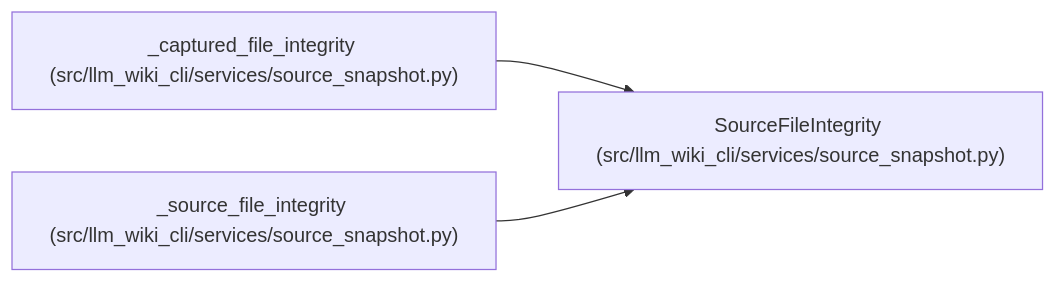
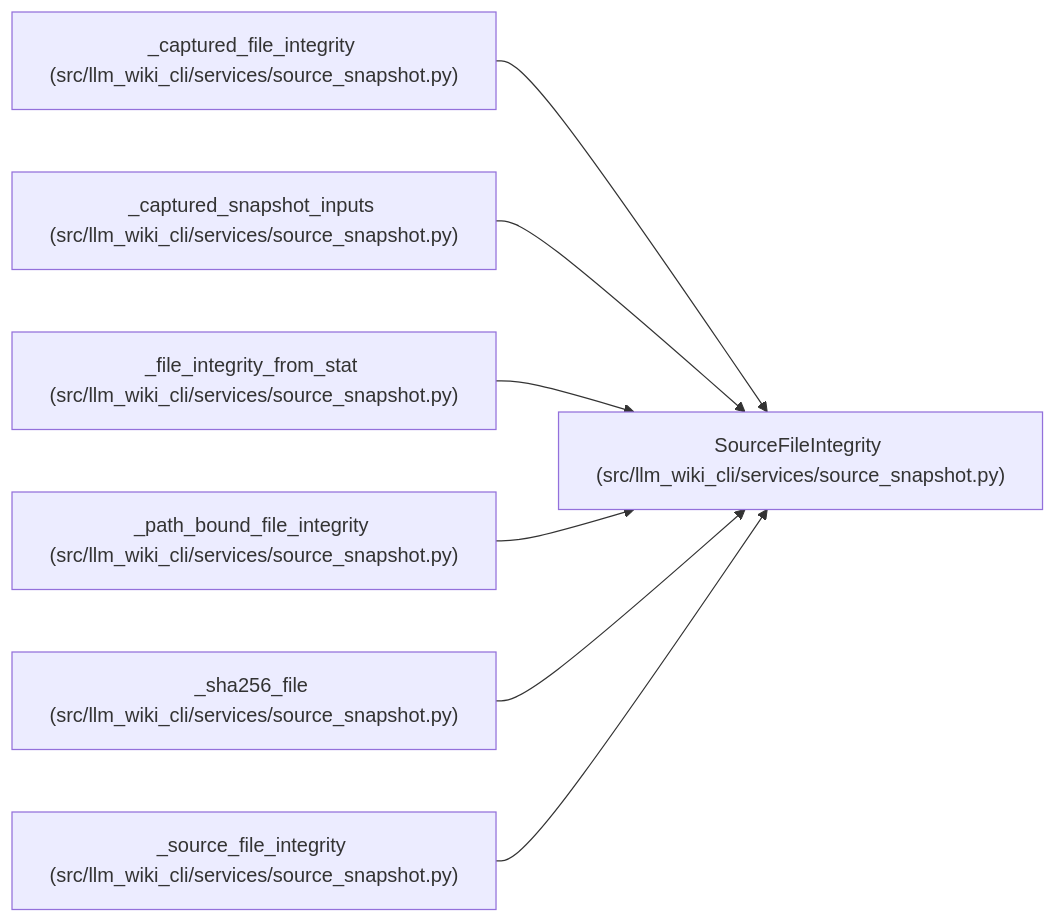
Before and after one commit to Denissvgn/python-wiki-llm: the diagram in docs/llm_wiki/entities/SourceFileIntegrity.md, drawn with Mermaid. The commit also changed other lines of this file and 865 other files, not shown here.

````diff
--- a/docs/llm_wiki/entities/SourceFileIntegrity.md
+++ b/docs/llm_wiki/entities/SourceFileIntegrity.md
@@ -32,11 +32,23 @@
 ```mermaid
 flowchart LR
     n0["SourceFileIntegrity (src/llm_wiki_cli/services/source_snapshot.py)"]
     n1["_captured_file_integrity (src/llm_wiki_cli/services/source_snapshot.py)"]
-    n2["_source_file_integrity (src/llm_wiki_cli/services/source_snapshot.py)"]
+    n2["_captured_snapshot_inputs (src/llm_wiki_cli/services/source_snapshot.py)"]
+    n3["_file_integrity_from_stat (src/llm_wiki_cli/services/source_snapshot.py)"]
+    n4["_path_bound_file_integrity (src/llm_wiki_cli/services/source_snapshot.py)"]
+    n5["_sha256_file (src/llm_wiki_cli/services/source_snapshot.py)"]
+    n6["_source_file_integrity (src/llm_wiki_cli/services/source_snapshot.py)"]
     n1 --> n0
     n2 --> n0
+    n3 --> n0
+    n4 --> n0
+    n5 --> n0
+    n6 --> n0
     click n0 "../modules/source_snapshot.md"
     click n1 "../modules/source_snapshot.md"
     click n2 "../modules/source_snapshot.md"
+    click n3 "../modules/source_snapshot.md"
+    click n4 "../modules/source_snapshot.md"
+    click n5 "../modules/source_snapshot.md"
+    click n6 "../modules/source_snapshot.md"
 ```
````
